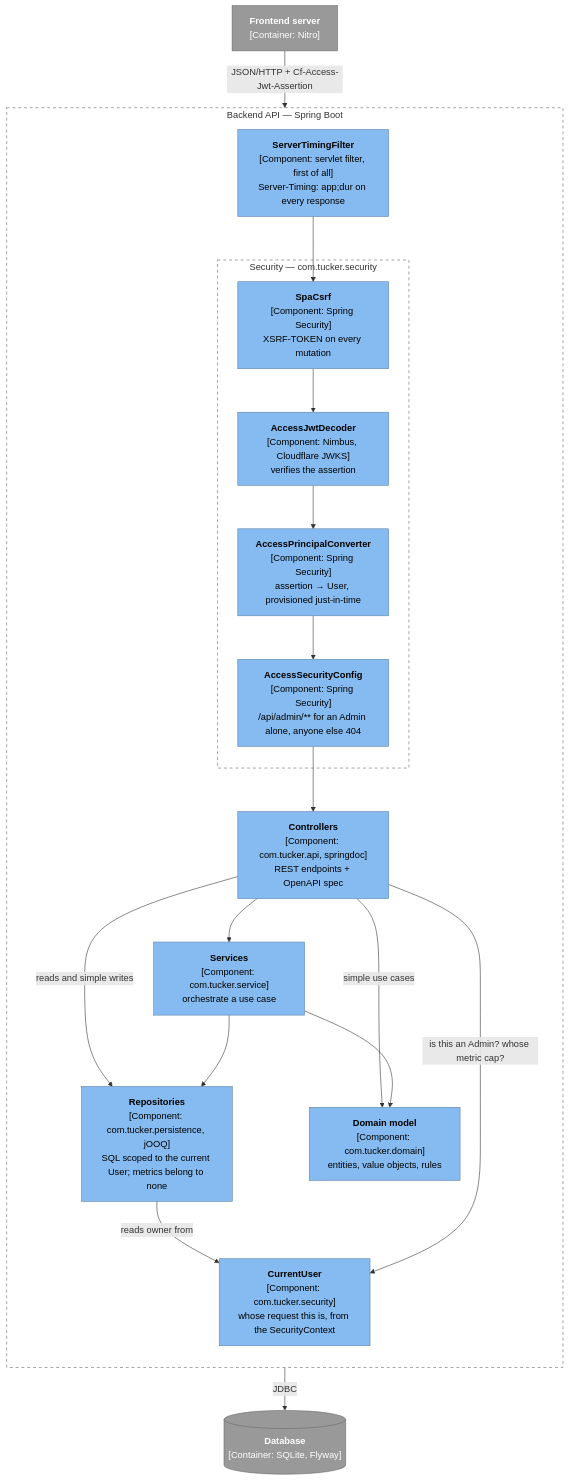
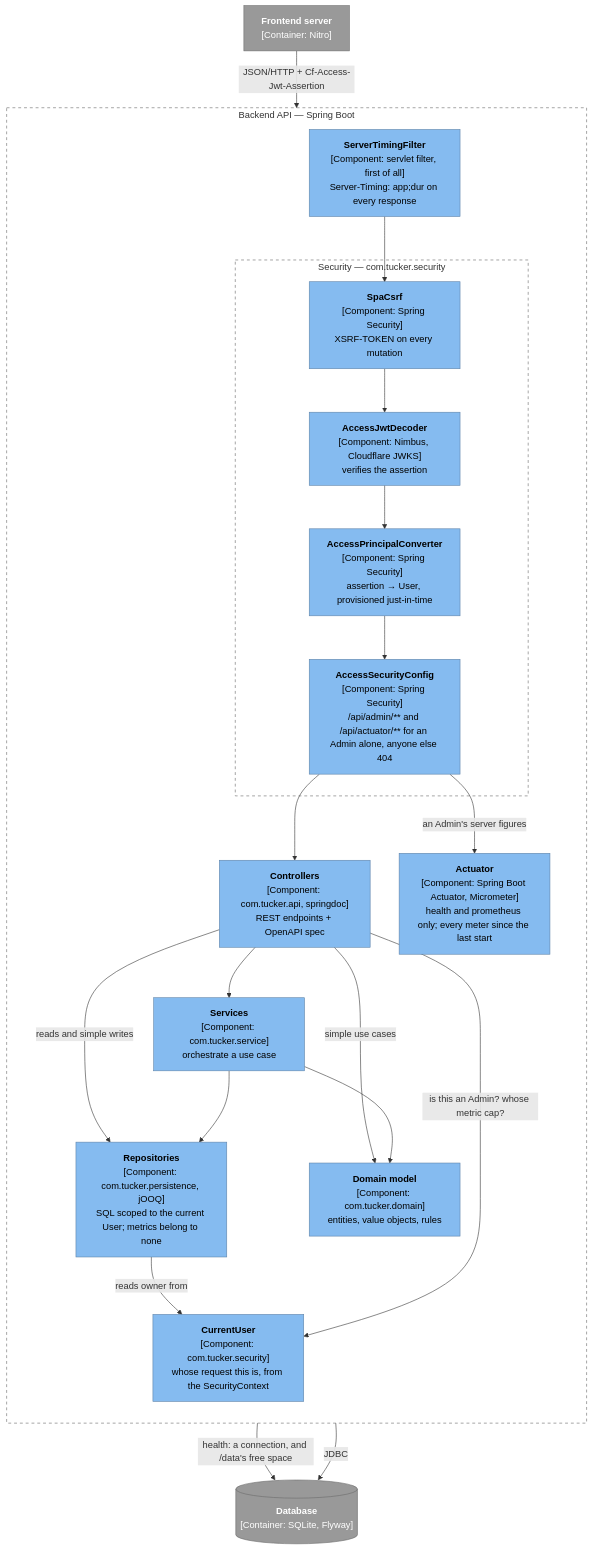
The fourth of 10 diagrams in docs/architecture.md (skrymer/tucker), drawn with Mermaid before and after one commit. The commit also changed other lines of this file and 31 other files, not shown here.

First line of the commit message:
F21 slice 7 (#524): the server section on /admin, from Actuator (#560)

````diff
--- a/docs/architecture.md
+++ b/docs/architecture.md
@@ -160,41 +160,44 @@
 ```mermaid
 flowchart TD
   web["<b>Frontend server</b><br/>[Container: Nitro]"]:::ext
 
   subgraph api["Backend API — Spring Boot"]
     direction TB
     timing["<b>ServerTimingFilter</b><br/>[Component: servlet filter, first of all]<br/>Server-Timing: app;dur on every response"]:::component
     subgraph sec["Security — com.tucker.security"]
       jwt["<b>AccessJwtDecoder</b><br/>[Component: Nimbus, Cloudflare JWKS]<br/>verifies the assertion"]:::component
       principal["<b>AccessPrincipalConverter</b><br/>[Component: Spring Security]<br/>assertion → User, provisioned just-in-time"]:::component
       csrf["<b>SpaCsrf</b><br/>[Component: Spring Security]<br/>XSRF-TOKEN on every mutation"]:::component
-      authz["<b>AccessSecurityConfig</b><br/>[Component: Spring Security]<br/>/api/admin/** for an Admin alone, anyone else 404"]:::component
+      authz["<b>AccessSecurityConfig</b><br/>[Component: Spring Security]<br/>/api/admin/** and /api/actuator/** for an Admin alone, anyone else 404"]:::component
     end
+    actuator["<b>Actuator</b><br/>[Component: Spring Boot Actuator, Micrometer]<br/>health and prometheus only; every meter since the last start"]:::component
     current["<b>CurrentUser</b><br/>[Component: com.tucker.security]<br/>whose request this is, from the SecurityContext"]:::component
     controllers["<b>Controllers</b><br/>[Component: com.tucker.api, springdoc]<br/>REST endpoints + OpenAPI spec"]:::component
     services["<b>Services</b><br/>[Component: com.tucker.service]<br/>orchestrate a use case"]:::component
     domain["<b>Domain model</b><br/>[Component: com.tucker.domain]<br/>entities, value objects, rules"]:::component
     repos["<b>Repositories</b><br/>[Component: com.tucker.persistence, jOOQ]<br/>SQL scoped to the current User; metrics belong to none"]:::component
   end
   db[("<b>Database</b><br/>[Container: SQLite, Flyway]")]:::ext
 
   web -- "JSON/HTTP + Cf-Access-Jwt-Assertion" --> timing
   timing --> csrf
   csrf --> jwt
   jwt --> principal
   principal --> authz
   authz --> controllers
+  authz -- "an Admin's server figures" --> actuator
+  actuator -- "health: a connection, and /data's free space" --> db
   controllers --> services
   controllers -- "reads and simple writes" --> repos
   controllers -- "simple use cases" --> domain
   services --> domain
   services --> repos
   repos -- "reads owner from" --> current
   controllers -- "is this an Admin? whose metric cap?" --> current
   repos -- "JDBC" --> db
 
   classDef component fill:#85bbf0,color:#000,stroke:#5d82a8
   classDef ext fill:#999,color:#fff,stroke:#6b6b6b
   style api fill:none,stroke:#666,stroke-dasharray:5 5
   style sec fill:none,stroke:#666,stroke-dasharray:5 5
 ```
````
